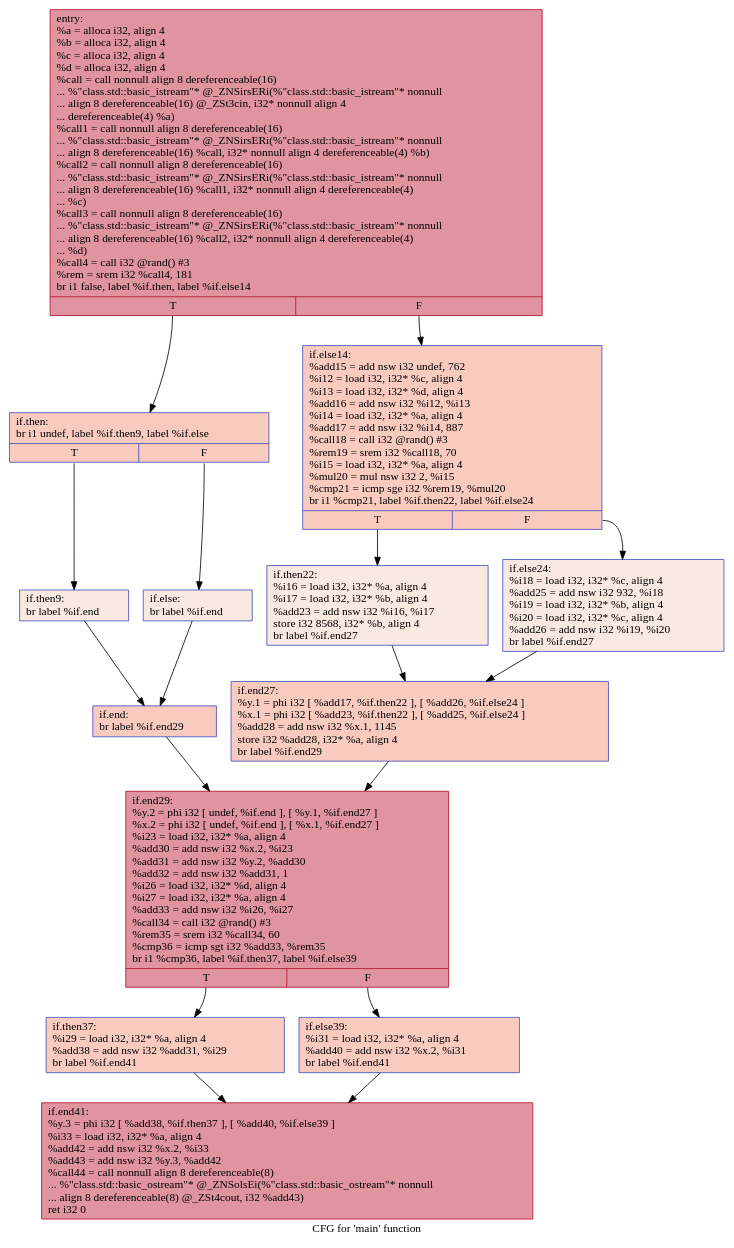
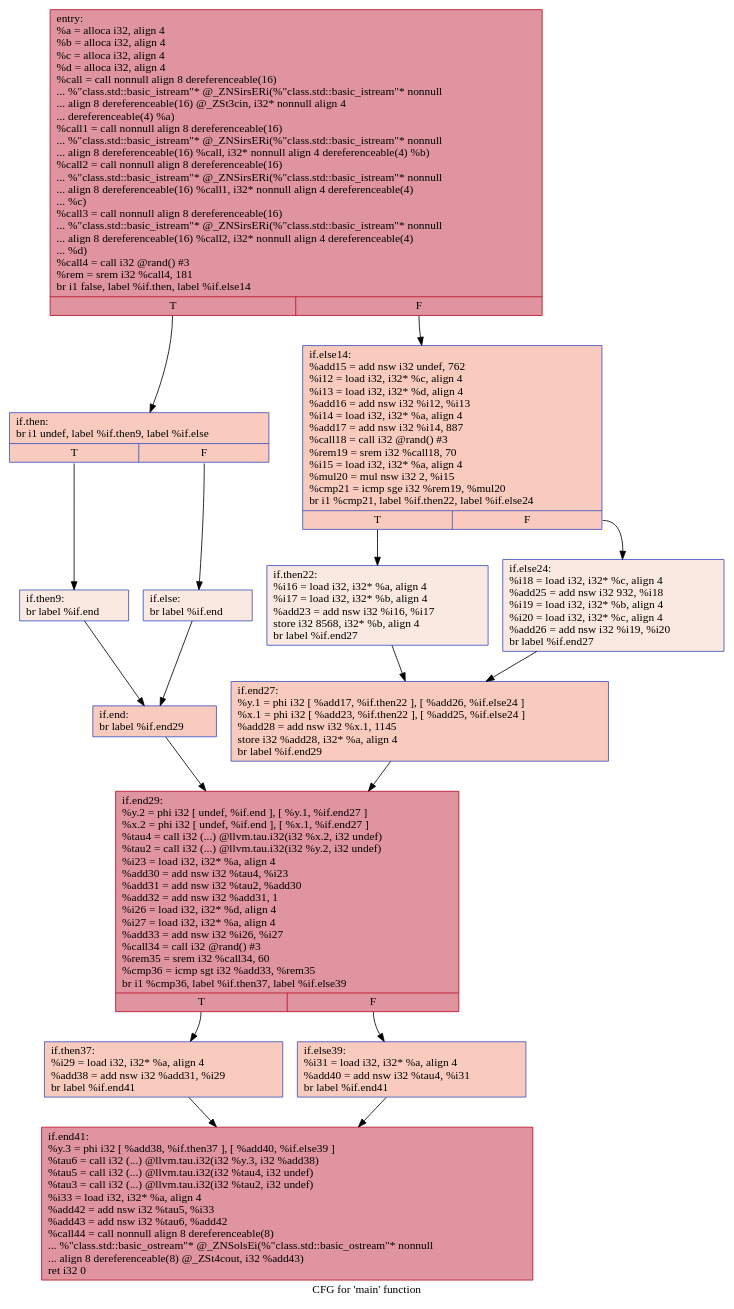
The diagram in IR/cfg/afterHPSSA.dot (HPSSA-LLVM/HPSSA-LLVM), drawn with Graphviz before and after one commit. The commit also changed 7 other files, not shown here.

```diff
--- a/IR/cfg/afterHPSSA.dot
+++ b/IR/cfg/afterHPSSA.dot
@@ -1,33 +1,33 @@
 digraph "CFG for 'main' function" {
 	label="CFG for 'main' function";
 
-	Node0x55b29372a7c0 [shape=record,color="#b70d28ff", style=filled, fillcolor="#b70d2870",label="{entry:\l  %a = alloca i32, align 4\l  %b = alloca i32, align 4\l  %c = alloca i32, align 4\l  %d = alloca i32, align 4\l  %call = call nonnull align 8 dereferenceable(16)\l... %\"class.std::basic_istream\"* @_ZNSirsERi(%\"class.std::basic_istream\"* nonnull\l... align 8 dereferenceable(16) @_ZSt3cin, i32* nonnull align 4\l... dereferenceable(4) %a)\l  %call1 = call nonnull align 8 dereferenceable(16)\l... %\"class.std::basic_istream\"* @_ZNSirsERi(%\"class.std::basic_istream\"* nonnull\l... align 8 dereferenceable(16) %call, i32* nonnull align 4 dereferenceable(4) %b)\l  %call2 = call nonnull align 8 dereferenceable(16)\l... %\"class.std::basic_istream\"* @_ZNSirsERi(%\"class.std::basic_istream\"* nonnull\l... align 8 dereferenceable(16) %call1, i32* nonnull align 4 dereferenceable(4)\l... %c)\l  %call3 = call nonnull align 8 dereferenceable(16)\l... %\"class.std::basic_istream\"* @_ZNSirsERi(%\"class.std::basic_istream\"* nonnull\l... align 8 dereferenceable(16) %call2, i32* nonnull align 4 dereferenceable(4)\l... %d)\l  %call4 = call i32 @rand() #3\l  %rem = srem i32 %call4, 181\l  br i1 false, label %if.then, label %if.else14\l|{<s0>T|<s1>F}}"];
-	Node0x55b29372a7c0:s0 -> Node0x55b29372b3f0;
-	Node0x55b29372a7c0:s1 -> Node0x55b29372b4c0;
-	Node0x55b29372b3f0 [shape=record,color="#3d50c3ff", style=filled, fillcolor="#ef886b70",label="{if.then:                                          \l  br i1 undef, label %if.then9, label %if.else\l|{<s0>T|<s1>F}}"];
-	Node0x55b29372b3f0:s0 -> Node0x55b29372bc20;
-	Node0x55b29372b3f0:s1 -> Node0x55b29372bca0;
-	Node0x55b29372bc20 [shape=record,color="#3d50c3ff", style=filled, fillcolor="#f1ccb870",label="{if.then9:                                         \l  br label %if.end\l}"];
-	Node0x55b29372bc20 -> Node0x55b29372be20;
-	Node0x55b29372bca0 [shape=record,color="#3d50c3ff", style=filled, fillcolor="#f1ccb870",label="{if.else:                                          \l  br label %if.end\l}"];
-	Node0x55b29372bca0 -> Node0x55b29372be20;
-	Node0x55b29372be20 [shape=record,color="#3d50c3ff", style=filled, fillcolor="#ef886b70",label="{if.end:                                           \l  br label %if.end29\l}"];
-	Node0x55b29372be20 -> Node0x55b29372bf70;
-	Node0x55b29372b4c0 [shape=record,color="#3d50c3ff", style=filled, fillcolor="#ef886b70",label="{if.else14:                                        \l  %add15 = add nsw i32 undef, 762\l  %i12 = load i32, i32* %c, align 4\l  %i13 = load i32, i32* %d, align 4\l  %add16 = add nsw i32 %i12, %i13\l  %i14 = load i32, i32* %a, align 4\l  %add17 = add nsw i32 %i14, 887\l  %call18 = call i32 @rand() #3\l  %rem19 = srem i32 %call18, 70\l  %i15 = load i32, i32* %a, align 4\l  %mul20 = mul nsw i32 2, %i15\l  %cmp21 = icmp sge i32 %rem19, %mul20\l  br i1 %cmp21, label %if.then22, label %if.else24\l|{<s0>T|<s1>F}}"];
-	Node0x55b29372b4c0:s0 -> Node0x55b29372cbd0;
-	Node0x55b29372b4c0:s1 -> Node0x55b29372cc50;
-	Node0x55b29372cbd0 [shape=record,color="#3d50c3ff", style=filled, fillcolor="#f1ccb870",label="{if.then22:                                        \l  %i16 = load i32, i32* %a, align 4\l  %i17 = load i32, i32* %b, align 4\l  %add23 = add nsw i32 %i16, %i17\l  store i32 8568, i32* %b, align 4\l  br label %if.end27\l}"];
-	Node0x55b29372cbd0 -> Node0x55b29372d010;
-	Node0x55b29372cc50 [shape=record,color="#3d50c3ff", style=filled, fillcolor="#f1ccb870",label="{if.else24:                                        \l  %i18 = load i32, i32* %c, align 4\l  %add25 = add nsw i32 932, %i18\l  %i19 = load i32, i32* %b, align 4\l  %i20 = load i32, i32* %c, align 4\l  %add26 = add nsw i32 %i19, %i20\l  br label %if.end27\l}"];
-	Node0x55b29372cc50 -> Node0x55b29372d010;
-	Node0x55b29372d010 [shape=record,color="#3d50c3ff", style=filled, fillcolor="#ef886b70",label="{if.end27:                                         \l  %y.1 = phi i32 [ %add17, %if.then22 ], [ %add26, %if.else24 ]\l  %x.1 = phi i32 [ %add23, %if.then22 ], [ %add25, %if.else24 ]\l  %add28 = add nsw i32 %x.1, 1145\l  store i32 %add28, i32* %a, align 4\l  br label %if.end29\l}"];
-	Node0x55b29372d010 -> Node0x55b29372bf70;
-	Node0x55b29372bf70 [shape=record,color="#b70d28ff", style=filled, fillcolor="#b70d2870",label="{if.end29:                                         \l  %y.2 = phi i32 [ undef, %if.end ], [ %y.1, %if.end27 ]\l  %x.2 = phi i32 [ undef, %if.end ], [ %x.1, %if.end27 ]\l  %i23 = load i32, i32* %a, align 4\l  %add30 = add nsw i32 %x.2, %i23\l  %add31 = add nsw i32 %y.2, %add30\l  %add32 = add nsw i32 %add31, 1\l  %i26 = load i32, i32* %d, align 4\l  %i27 = load i32, i32* %a, align 4\l  %add33 = add nsw i32 %i26, %i27\l  %call34 = call i32 @rand() #3\l  %rem35 = srem i32 %call34, 60\l  %cmp36 = icmp sgt i32 %add33, %rem35\l  br i1 %cmp36, label %if.then37, label %if.else39\l|{<s0>T|<s1>F}}"];
-	Node0x55b29372bf70:s0 -> Node0x55b29372edf0;
-	Node0x55b29372bf70:s1 -> Node0x55b29372eed0;
-	Node0x55b29372edf0 [shape=record,color="#3d50c3ff", style=filled, fillcolor="#ef886b70",label="{if.then37:                                        \l  %i29 = load i32, i32* %a, align 4\l  %add38 = add nsw i32 %add31, %i29\l  br label %if.end41\l}"];
-	Node0x55b29372edf0 -> Node0x55b29372f1a0;
-	Node0x55b29372eed0 [shape=record,color="#3d50c3ff", style=filled, fillcolor="#ef886b70",label="{if.else39:                                        \l  %i31 = load i32, i32* %a, align 4\l  %add40 = add nsw i32 %x.2, %i31\l  br label %if.end41\l}"];
-	Node0x55b29372eed0 -> Node0x55b29372f1a0;
-	Node0x55b29372f1a0 [shape=record,color="#b70d28ff", style=filled, fillcolor="#b70d2870",label="{if.end41:                                         \l  %y.3 = phi i32 [ %add38, %if.then37 ], [ %add40, %if.else39 ]\l  %i33 = load i32, i32* %a, align 4\l  %add42 = add nsw i32 %x.2, %i33\l  %add43 = add nsw i32 %y.3, %add42\l  %call44 = call nonnull align 8 dereferenceable(8)\l... %\"class.std::basic_ostream\"* @_ZNSolsEi(%\"class.std::basic_ostream\"* nonnull\l... align 8 dereferenceable(8) @_ZSt4cout, i32 %add43)\l  ret i32 0\l}"];
+	Node0x55c7c6ecd980 [shape=record,color="#b70d28ff", style=filled, fillcolor="#b70d2870",label="{entry:\l  %a = alloca i32, align 4\l  %b = alloca i32, align 4\l  %c = alloca i32, align 4\l  %d = alloca i32, align 4\l  %call = call nonnull align 8 dereferenceable(16)\l... %\"class.std::basic_istream\"* @_ZNSirsERi(%\"class.std::basic_istream\"* nonnull\l... align 8 dereferenceable(16) @_ZSt3cin, i32* nonnull align 4\l... dereferenceable(4) %a)\l  %call1 = call nonnull align 8 dereferenceable(16)\l... %\"class.std::basic_istream\"* @_ZNSirsERi(%\"class.std::basic_istream\"* nonnull\l... align 8 dereferenceable(16) %call, i32* nonnull align 4 dereferenceable(4) %b)\l  %call2 = call nonnull align 8 dereferenceable(16)\l... %\"class.std::basic_istream\"* @_ZNSirsERi(%\"class.std::basic_istream\"* nonnull\l... align 8 dereferenceable(16) %call1, i32* nonnull align 4 dereferenceable(4)\l... %c)\l  %call3 = call nonnull align 8 dereferenceable(16)\l... %\"class.std::basic_istream\"* @_ZNSirsERi(%\"class.std::basic_istream\"* nonnull\l... align 8 dereferenceable(16) %call2, i32* nonnull align 4 dereferenceable(4)\l... %d)\l  %call4 = call i32 @rand() #3\l  %rem = srem i32 %call4, 181\l  br i1 false, label %if.then, label %if.else14\l|{<s0>T|<s1>F}}"];
+	Node0x55c7c6ecd980:s0 -> Node0x55c7c6ece5b0;
+	Node0x55c7c6ecd980:s1 -> Node0x55c7c6ece680;
+	Node0x55c7c6ece5b0 [shape=record,color="#3d50c3ff", style=filled, fillcolor="#ef886b70",label="{if.then:                                          \l  br i1 undef, label %if.then9, label %if.else\l|{<s0>T|<s1>F}}"];
+	Node0x55c7c6ece5b0:s0 -> Node0x55c7c6ecede0;
+	Node0x55c7c6ece5b0:s1 -> Node0x55c7c6ecee60;
+	Node0x55c7c6ecede0 [shape=record,color="#3d50c3ff", style=filled, fillcolor="#f1ccb870",label="{if.then9:                                         \l  br label %if.end\l}"];
+	Node0x55c7c6ecede0 -> Node0x55c7c6ecefe0;
+	Node0x55c7c6ecee60 [shape=record,color="#3d50c3ff", style=filled, fillcolor="#f1ccb870",label="{if.else:                                          \l  br label %if.end\l}"];
+	Node0x55c7c6ecee60 -> Node0x55c7c6ecefe0;
+	Node0x55c7c6ecefe0 [shape=record,color="#3d50c3ff", style=filled, fillcolor="#ef886b70",label="{if.end:                                           \l  br label %if.end29\l}"];
+	Node0x55c7c6ecefe0 -> Node0x55c7c6ecf130;
+	Node0x55c7c6ece680 [shape=record,color="#3d50c3ff", style=filled, fillcolor="#ef886b70",label="{if.else14:                                        \l  %add15 = add nsw i32 undef, 762\l  %i12 = load i32, i32* %c, align 4\l  %i13 = load i32, i32* %d, align 4\l  %add16 = add nsw i32 %i12, %i13\l  %i14 = load i32, i32* %a, align 4\l  %add17 = add nsw i32 %i14, 887\l  %call18 = call i32 @rand() #3\l  %rem19 = srem i32 %call18, 70\l  %i15 = load i32, i32* %a, align 4\l  %mul20 = mul nsw i32 2, %i15\l  %cmp21 = icmp sge i32 %rem19, %mul20\l  br i1 %cmp21, label %if.then22, label %if.else24\l|{<s0>T|<s1>F}}"];
+	Node0x55c7c6ece680:s0 -> Node0x55c7c6ecfd90;
+	Node0x55c7c6ece680:s1 -> Node0x55c7c6ecfe10;
+	Node0x55c7c6ecfd90 [shape=record,color="#3d50c3ff", style=filled, fillcolor="#f1ccb870",label="{if.then22:                                        \l  %i16 = load i32, i32* %a, align 4\l  %i17 = load i32, i32* %b, align 4\l  %add23 = add nsw i32 %i16, %i17\l  store i32 8568, i32* %b, align 4\l  br label %if.end27\l}"];
+	Node0x55c7c6ecfd90 -> Node0x55c7c6ed01d0;
+	Node0x55c7c6ecfe10 [shape=record,color="#3d50c3ff", style=filled, fillcolor="#f1ccb870",label="{if.else24:                                        \l  %i18 = load i32, i32* %c, align 4\l  %add25 = add nsw i32 932, %i18\l  %i19 = load i32, i32* %b, align 4\l  %i20 = load i32, i32* %c, align 4\l  %add26 = add nsw i32 %i19, %i20\l  br label %if.end27\l}"];
+	Node0x55c7c6ecfe10 -> Node0x55c7c6ed01d0;
+	Node0x55c7c6ed01d0 [shape=record,color="#3d50c3ff", style=filled, fillcolor="#ef886b70",label="{if.end27:                                         \l  %y.1 = phi i32 [ %add17, %if.then22 ], [ %add26, %if.else24 ]\l  %x.1 = phi i32 [ %add23, %if.then22 ], [ %add25, %if.else24 ]\l  %add28 = add nsw i32 %x.1, 1145\l  store i32 %add28, i32* %a, align 4\l  br label %if.end29\l}"];
+	Node0x55c7c6ed01d0 -> Node0x55c7c6ecf130;
+	Node0x55c7c6ecf130 [shape=record,color="#b70d28ff", style=filled, fillcolor="#b70d2870",label="{if.end29:                                         \l  %y.2 = phi i32 [ undef, %if.end ], [ %y.1, %if.end27 ]\l  %x.2 = phi i32 [ undef, %if.end ], [ %x.1, %if.end27 ]\l  %tau4 = call i32 (...) @llvm.tau.i32(i32 %x.2, i32 undef)\l  %tau2 = call i32 (...) @llvm.tau.i32(i32 %y.2, i32 undef)\l  %i23 = load i32, i32* %a, align 4\l  %add30 = add nsw i32 %tau4, %i23\l  %add31 = add nsw i32 %tau2, %add30\l  %add32 = add nsw i32 %add31, 1\l  %i26 = load i32, i32* %d, align 4\l  %i27 = load i32, i32* %a, align 4\l  %add33 = add nsw i32 %i26, %i27\l  %call34 = call i32 @rand() #3\l  %rem35 = srem i32 %call34, 60\l  %cmp36 = icmp sgt i32 %add33, %rem35\l  br i1 %cmp36, label %if.then37, label %if.else39\l|{<s0>T|<s1>F}}"];
+	Node0x55c7c6ecf130:s0 -> Node0x55c7c6ed2330;
+	Node0x55c7c6ecf130:s1 -> Node0x55c7c6ed2410;
+	Node0x55c7c6ed2330 [shape=record,color="#3d50c3ff", style=filled, fillcolor="#ef886b70",label="{if.then37:                                        \l  %i29 = load i32, i32* %a, align 4\l  %add38 = add nsw i32 %add31, %i29\l  br label %if.end41\l}"];
+	Node0x55c7c6ed2330 -> Node0x55c7c6ed26e0;
+	Node0x55c7c6ed2410 [shape=record,color="#3d50c3ff", style=filled, fillcolor="#ef886b70",label="{if.else39:                                        \l  %i31 = load i32, i32* %a, align 4\l  %add40 = add nsw i32 %tau4, %i31\l  br label %if.end41\l}"];
+	Node0x55c7c6ed2410 -> Node0x55c7c6ed26e0;
+	Node0x55c7c6ed26e0 [shape=record,color="#b70d28ff", style=filled, fillcolor="#b70d2870",label="{if.end41:                                         \l  %y.3 = phi i32 [ %add38, %if.then37 ], [ %add40, %if.else39 ]\l  %tau6 = call i32 (...) @llvm.tau.i32(i32 %y.3, i32 %add38)\l  %tau5 = call i32 (...) @llvm.tau.i32(i32 %tau4, i32 undef)\l  %tau3 = call i32 (...) @llvm.tau.i32(i32 %tau2, i32 undef)\l  %i33 = load i32, i32* %a, align 4\l  %add42 = add nsw i32 %tau5, %i33\l  %add43 = add nsw i32 %tau6, %add42\l  %call44 = call nonnull align 8 dereferenceable(8)\l... %\"class.std::basic_ostream\"* @_ZNSolsEi(%\"class.std::basic_ostream\"* nonnull\l... align 8 dereferenceable(8) @_ZSt4cout, i32 %add43)\l  ret i32 0\l}"];
 }
```
